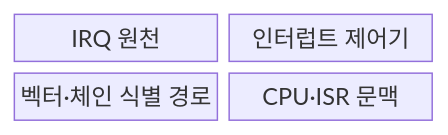
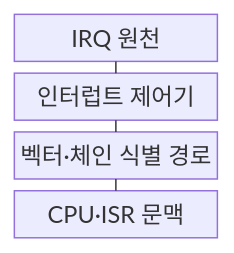
One commit to agnusdei1207/knowledge-base changed the first of 2 diagrams in src/content/docs/notes/02-hardware/034_interrupt_handling.md. Above: the diagram before and after it, drawn with Mermaid. The commit also changed other lines of this file and 20 other files, not shown here.

````diff
--- a/src/content/docs/notes/02-hardware/034_interrupt_handling.md
+++ b/src/content/docs/notes/02-hardware/034_interrupt_handling.md
@@ -65,8 +64,11 @@
 ```mermaid
 block
-    columns 2
+    columns 1
     D["IRQ 원천"]
     C["인터럽트 제어기"]
     I["벡터·체인 식별 경로"]
     P["CPU·ISR 문맥"]
+    D --- C
+    C --- I
+    I --- P
 ```
````
